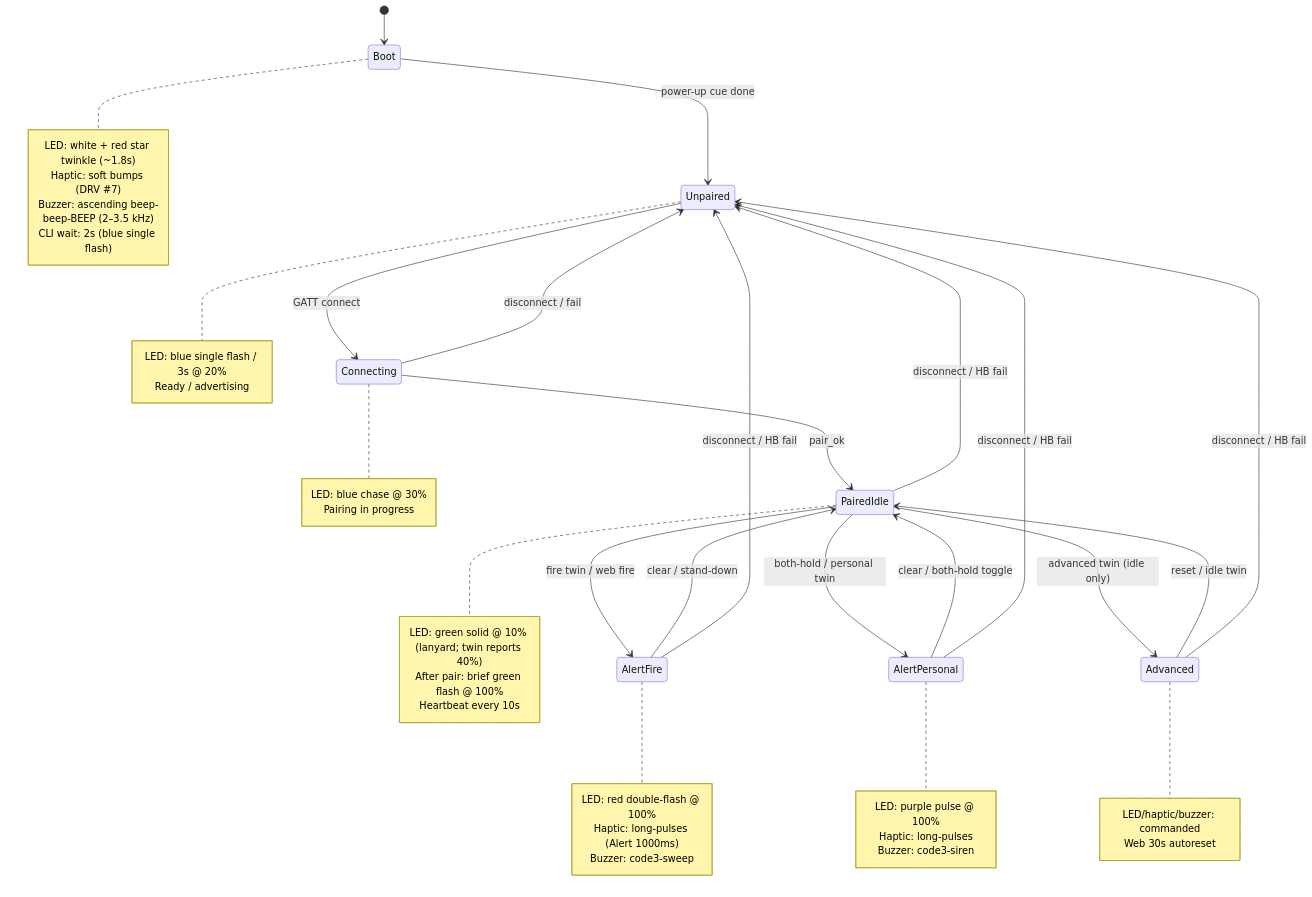
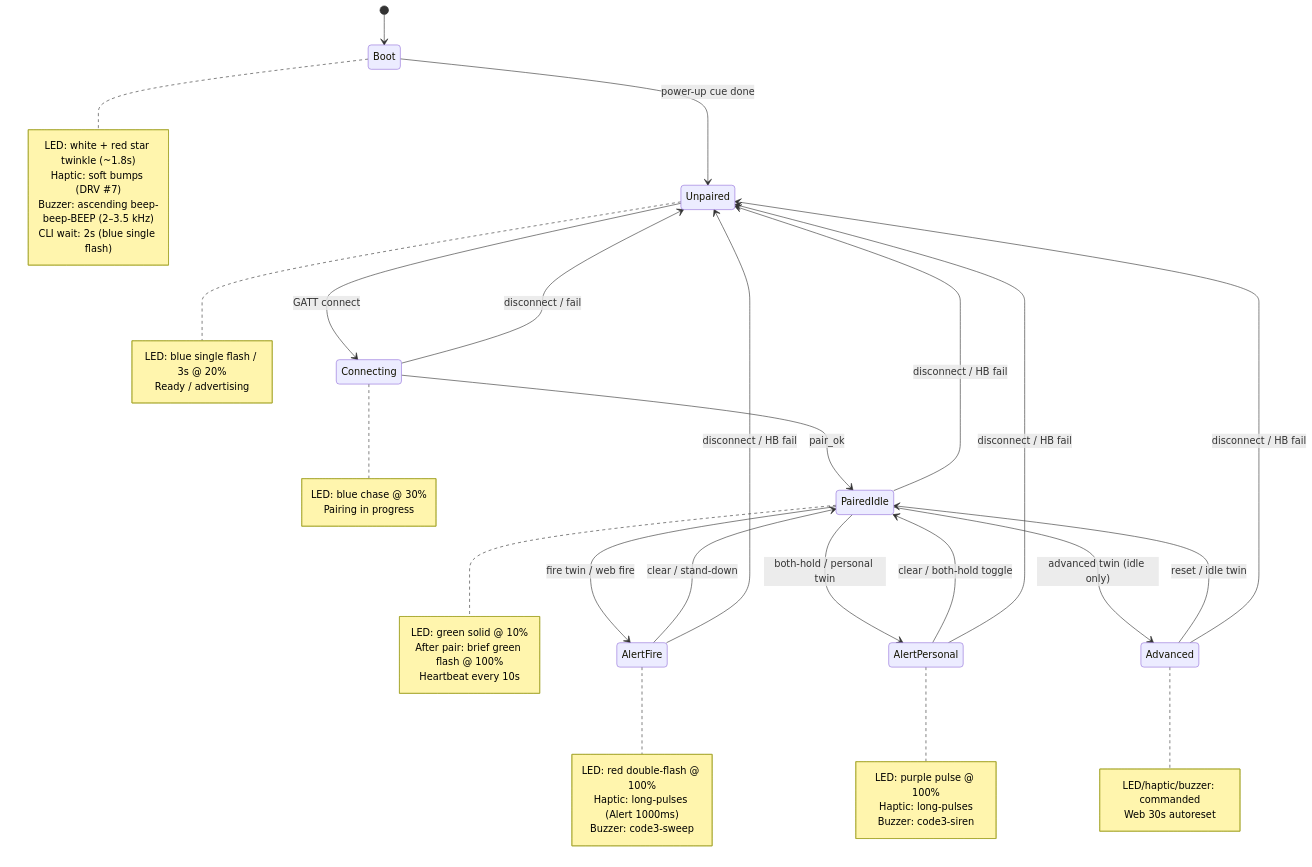
Before and after one commit to rsispal/ILSS-DisabilityIN-Demo-2026: the first of 2 diagrams in firmware/docs/STATE_MACHINE.md, drawn with Mermaid. The commit also changed other lines of this file and 41 other files, not shown here.

````diff
--- a/firmware/docs/STATE_MACHINE.md
+++ b/firmware/docs/STATE_MACHINE.md
@@ -7,58 +7,58 @@
 ```mermaid
 stateDiagram-v2
   [*] --> Boot
 
   Boot --> Unpaired: power-up cue done
   note right of Boot
     LED: white + red star twinkle (~1.8s)
     Haptic: soft bumps (DRV #7)
     Buzzer: ascending beep-beep-BEEP (2–3.5 kHz)
     CLI wait: 2s (blue single flash)
   end note
 
   Unpaired --> Connecting: GATT connect
   note right of Unpaired
     LED: blue single flash / 3s @ 20%
     Ready / advertising
   end note
 
   Connecting --> PairedIdle: pair_ok
   Connecting --> Unpaired: disconnect / fail
   note right of Connecting
     LED: blue chase @ 30%
     Pairing in progress
   end note
 
   PairedIdle --> AlertFire: fire twin / web fire
   PairedIdle --> AlertPersonal: both-hold / personal twin
   PairedIdle --> Advanced: advanced twin (idle only)
   PairedIdle --> Unpaired: disconnect / HB fail
   note right of PairedIdle
-    LED: green solid @ 10% (lanyard; twin reports 40%)
+    LED: green solid @ 10%
     After pair: brief green flash @ 100%
     Heartbeat every 10s
   end note
 
   AlertFire --> PairedIdle: clear / stand-down
   AlertFire --> Unpaired: disconnect / HB fail
   note right of AlertFire
     LED: red double-flash @ 100%
     Haptic: long-pulses (Alert 1000ms)
     Buzzer: code3-sweep
   end note
 
   AlertPersonal --> PairedIdle: clear / both-hold toggle
   AlertPersonal --> Unpaired: disconnect / HB fail
   note right of AlertPersonal
     LED: purple pulse @ 100%
     Haptic: long-pulses
     Buzzer: code3-siren
   end note
 
   Advanced --> PairedIdle: reset / idle twin
   Advanced --> Unpaired: disconnect / HB fail
   note right of Advanced
     LED/haptic/buzzer: commanded
     Web 30s autoreset
   end note
 ```
````
